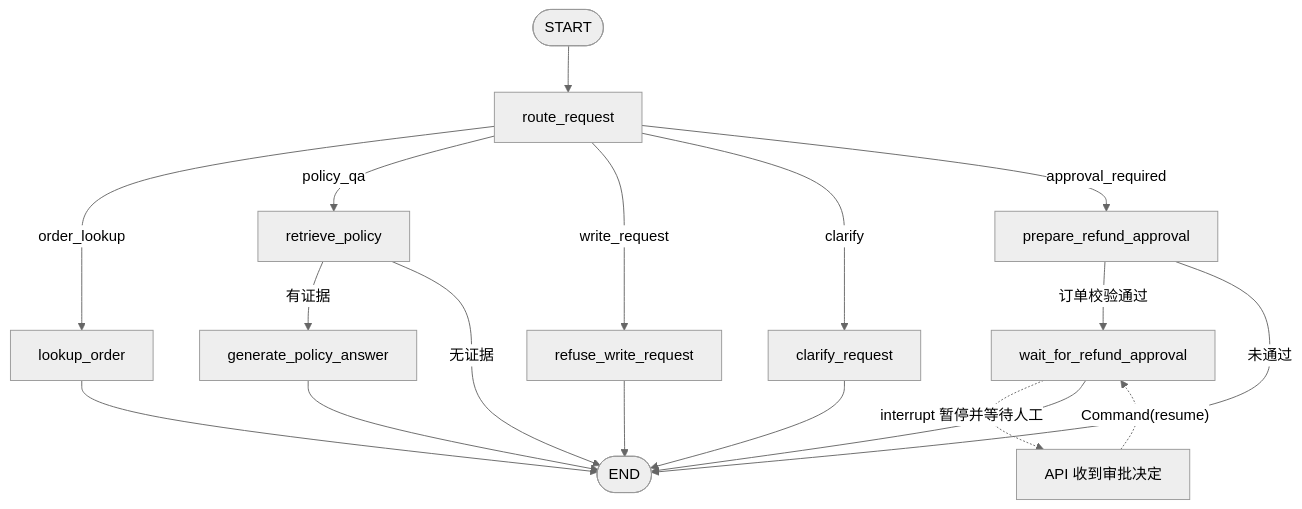
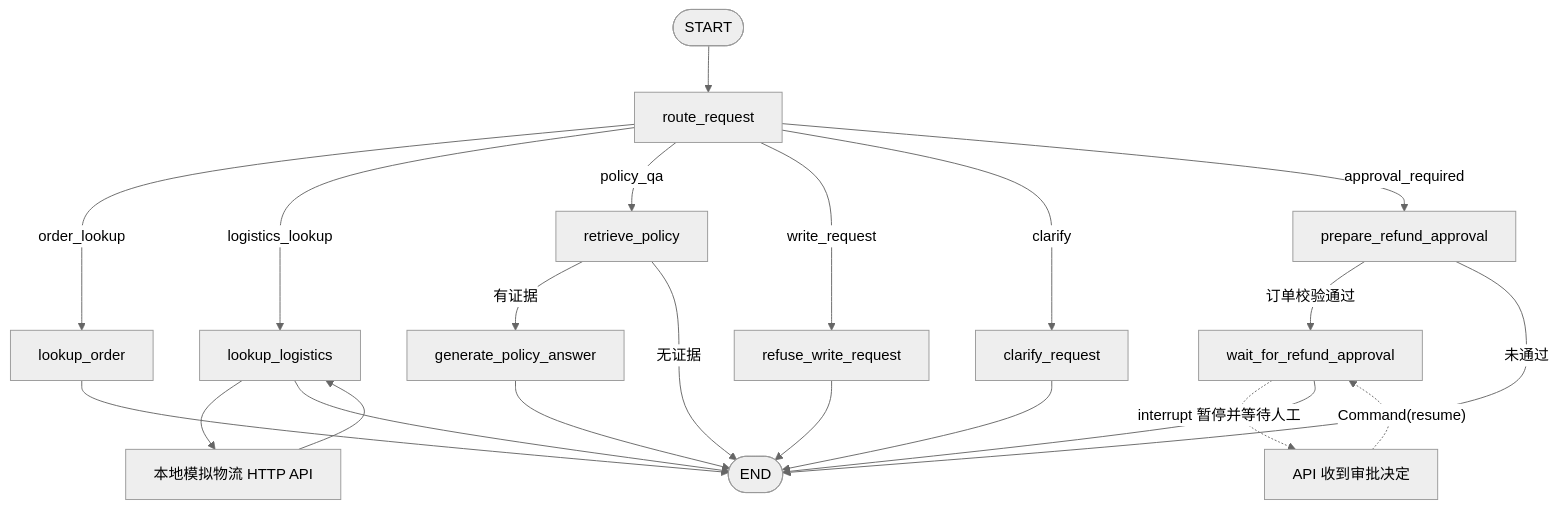
Before and after one commit to KaelLee335/enterprise-support-agent-v2: the diagram in docs/learning/langgraph.md, drawn with Mermaid (neutral theme). The commit also changed other lines of this file and 44 other files, not shown here.

Commit message:
feat: add V2.1 demo approver and mock logistics flow

````diff
--- a/docs/learning/langgraph.md
+++ b/docs/learning/langgraph.md
@@ -9,20 +9,23 @@
 ```mermaid
 flowchart TD
   S([START]) --> R[route_request]
   R -->|order_lookup| O[lookup_order]
+  R -->|logistics_lookup| L[lookup_logistics]
+  L --> LS[本地模拟物流 HTTP API]
   R -->|policy_qa| P[retrieve_policy]
   P -->|有证据| G[generate_policy_answer]
   P -->|无证据| E([END])
   R -->|write_request| W[refuse_write_request]
   R -->|clarify| C[clarify_request]
   R -->|approval_required| A[prepare_refund_approval]
   A -->|订单校验通过| I[wait_for_refund_approval]
   A -->|未通过| E
   I -. interrupt 暂停并等待人工 .-> H[API 收到审批决定]
   H -. Command(resume) .-> I
   O --> E
+  LS --> L --> E
   G --> E
   W --> E
   C --> E
   I --> E
 ```
````
